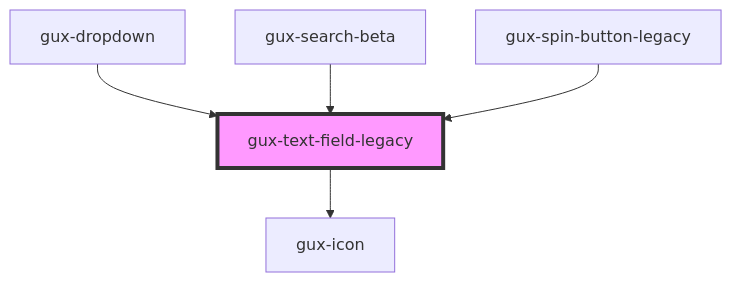
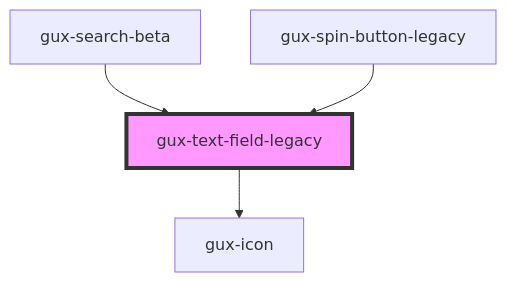
One commit to MyPureCloud/genesys-spark changed the diagram in src/components/legacy/gux-text-field-legacy/readme.md. Above: the diagram before and after it, drawn with Mermaid. The commit also changed other lines of this file and 6 other files, not shown here.

First line of the commit message:
feat(gux-dropdown): remove gux-text-field-legacy dependency

````diff
--- a/src/components/legacy/gux-text-field-legacy/readme.md
+++ b/src/components/legacy/gux-text-field-legacy/readme.md
@@ -88,8 +87,7 @@
 ```mermaid
 graph TD;
   gux-text-field-legacy --> gux-icon
-  gux-dropdown --> gux-text-field-legacy
   gux-search-beta --> gux-text-field-legacy
   gux-spin-button-legacy --> gux-text-field-legacy
   style gux-text-field-legacy fill:#f9f,stroke:#333,stroke-width:4px
 ```
````
